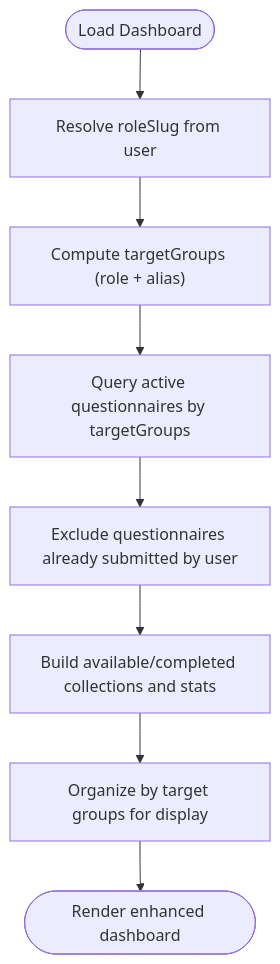
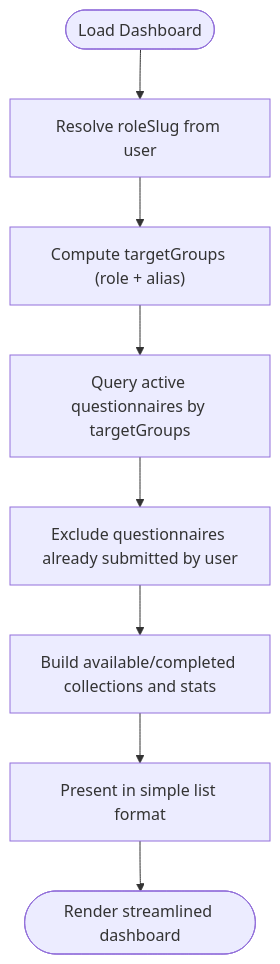
One commit to rudicatsmile/assesment360 changed the third of 7 diagrams in .qoder/repowiki/en/content/Core Features/Evaluation Workflows/Evaluation Workflows.md. Above: the diagram before and after it, drawn with Mermaid. The commit also changed other lines of this file and 15 other files, not shown here.

````diff
--- a/.qoder/repowiki/en/content/Core Features/Evaluation Workflows/Evaluation Workflows.md
+++ b/.qoder/repowiki/en/content/Core Features/Evaluation Workflows/Evaluation Workflows.md
@@ -208,10 +209,10 @@
 ```mermaid
 flowchart TD
 Start(["Load Dashboard"]) --> GetRole["Resolve roleSlug from user"]
 GetRole --> Aliases["Compute targetGroups (role + alias)"]
 Aliases --> QueryActive["Query active questionnaires by targetGroups"]
 QueryActive --> ExcludeSubmitted["Exclude questionnaires already submitted by user"]
 ExcludeSubmitted --> BuildPayload["Build available/completed collections and stats"]
-BuildPayload --> GroupDisplay["Organize by target groups for display"]
-GroupDisplay --> End(["Render enhanced dashboard"])
+BuildPayload --> SimpleDisplay["Present in simple list format"]
+SimpleDisplay --> End(["Render streamlined dashboard"])
 ```
````
